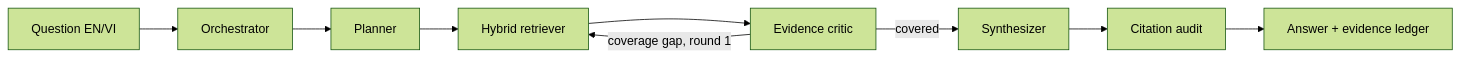
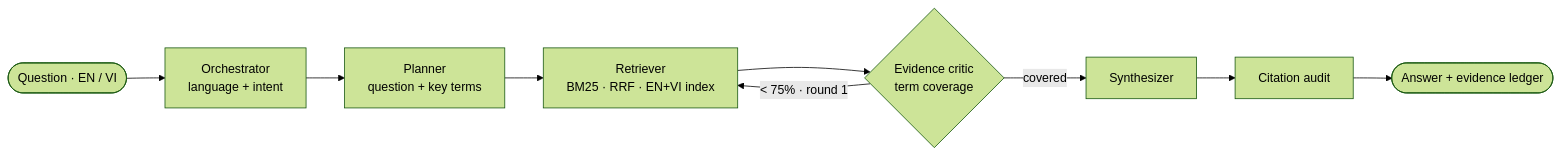
One commit to nguyenddung/atlastrace-agentic-rag changed the diagram in README.md. Above: the diagram before and after it, drawn with Mermaid (forest theme). The commit also changed other lines of this file and 17 other files, not shown here.

````diff
--- a/README.md
+++ b/README.md
@@ -52,11 +143,11 @@
 ```mermaid
 flowchart LR
-    Q[Question EN/VI] --> O[Orchestrator]
-    O --> P[Planner]
-    P --> R[Hybrid retriever]
-    R --> C[Evidence critic]
-    C -- coverage gap, round 1 --> R
+    Q([Question · EN / VI]) --> O[Orchestrator<br/>language + intent]
+    O --> P[Planner<br/>question + key terms]
+    P --> R[Retriever<br/>BM25 · RRF · EN+VI index]
+    R --> C{Evidence critic<br/>term coverage}
+    C -- "< 75% · round 1" --> R
     C -- covered --> S[Synthesizer]
     S --> A[Citation audit]
-    A --> X[Answer + evidence ledger]
+    A --> X([Answer + evidence ledger])
 ```
````
